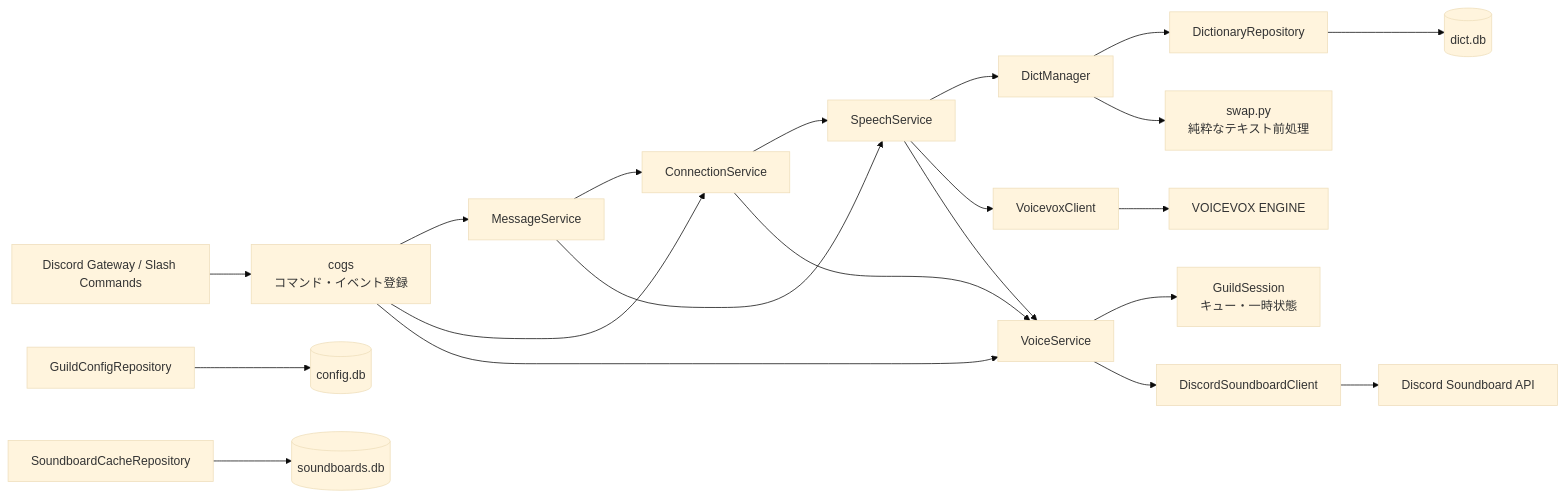
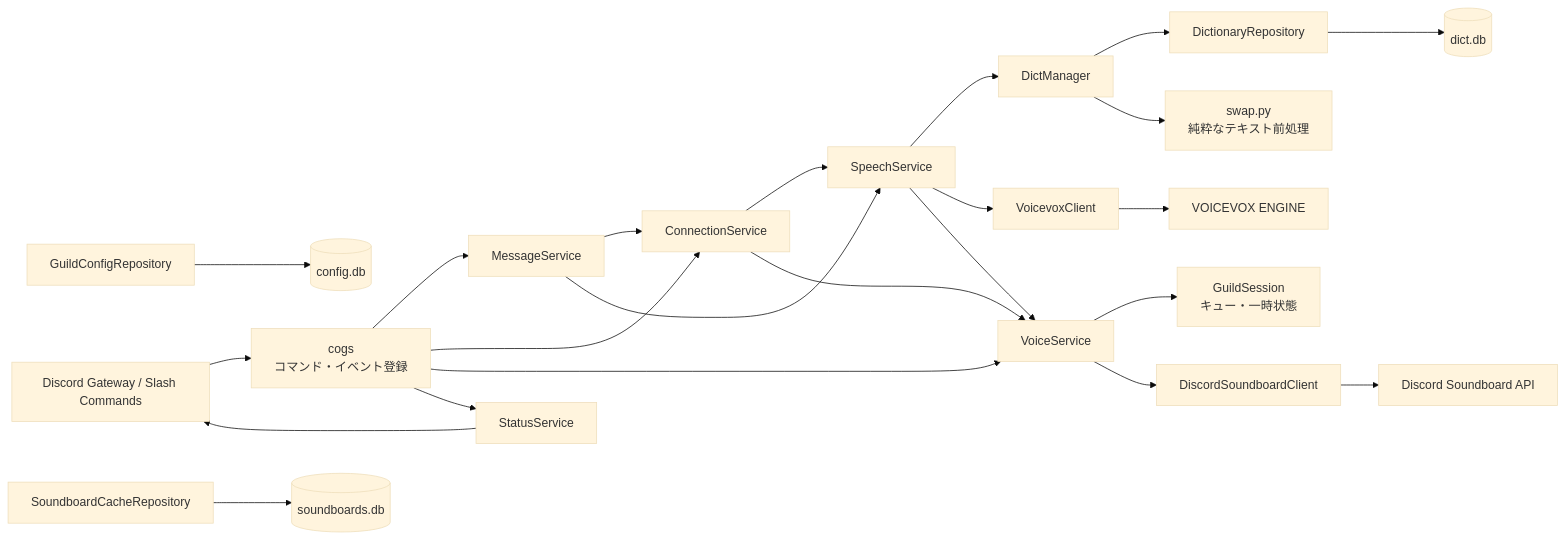
Before and after one commit to dora-ntmk/Tsumugium: the first of 3 diagrams in docs/ARCHITECTURE.md, drawn with Mermaid (base theme). The commit also changed other lines of this file and 10 other files, not shown here.

````diff
--- a/docs/ARCHITECTURE.md
+++ b/docs/ARCHITECTURE.md
@@ -7,43 +7,46 @@
 ```mermaid
 flowchart LR
     Discord["Discord Gateway / Slash Commands"]
     Cogs["cogs<br/>コマンド・イベント登録"]
     Message["MessageService"]
     Connection["ConnectionService"]
     Speech["SpeechService"]
     Voice["VoiceService"]
+    Status["StatusService"]
     Session["GuildSession<br/>キュー・一時状態"]
     Swap["swap.py<br/>純粋なテキスト前処理"]
     Dictionary["DictManager"]
     ConfigRepo["GuildConfigRepository"]
     DictRepo["DictionaryRepository"]
     SoundRepo["SoundboardCacheRepository"]
     Voicevox["VoicevoxClient"]
     SoundClient["DiscordSoundboardClient"]
     ConfigDB[("config.db")]
     DictDB[("dict.db")]
     SoundDB[("soundboards.db")]
     Engine["VOICEVOX ENGINE"]
     SoundAPI["Discord Soundboard API"]
 
     Discord --> Cogs
     Cogs --> Message
     Cogs --> Connection
     Cogs --> Voice
+    Cogs --> Status
+    Status --> Discord
     Message --> Connection
     Message --> Speech
     Connection --> Speech
     Connection --> Voice
     Speech --> Dictionary
     Dictionary --> DictRepo
     Dictionary --> Swap
     Speech --> Voicevox
     Speech --> Voice
     Voice --> Session
     Voice --> SoundClient
     ConfigRepo --> ConfigDB
     DictRepo --> DictDB
     SoundRepo --> SoundDB
     Voicevox --> Engine
     SoundClient --> SoundAPI
 ```
````
